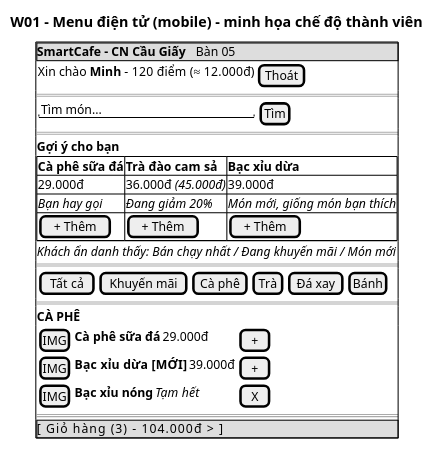
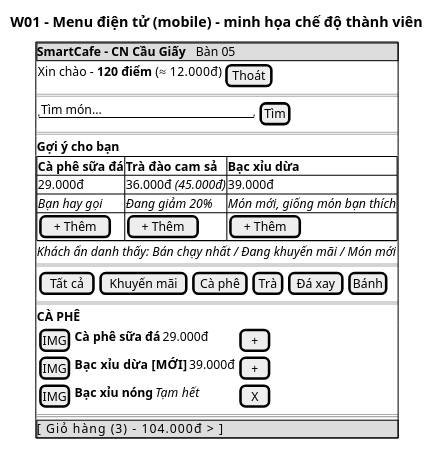
Before and after one commit to thanhbinh0493/smartcafe: the diagram in 1.Bao_cao/Thiet_ke_he_thong/diagrams/src/IV_ui_w01_qr_menu.puml, drawn with PlantUML. The commit also changed 28 other files, not shown here.

```diff
--- a/1.Bao_cao/Thiet_ke_he_thong/diagrams/src/IV_ui_w01_qr_menu.puml
+++ b/1.Bao_cao/Thiet_ke_he_thong/diagrams/src/IV_ui_w01_qr_menu.puml
@@ -1,29 +1,29 @@
 @startsalt IV_ui_w01_qr_menu
 title W01 - Menu điện tử (mobile) - minh họa chế độ thành viên
 {+
   {* <b>SmartCafe - CN Cầu Giấy | Bàn 05 }
-  { Xin chào <b>Minh</b> - 120 điểm (≈ 12.000đ) | [Thoát] }
+  { Xin chào - <b>120 điểm</b> (≈ 12.000đ) | [Thoát] }
   ==
   { "Tìm món...                " | [Tìm] }
   ==
   <b>Gợi ý cho bạn
   {#
     <b>Cà phê sữa đá | <b>Trà đào cam sả | <b>Bạc xỉu dừa
     29.000đ | 36.000đ <i>(45.000đ) | 39.000đ
     <i>Bạn hay gọi | <i>Đang giảm 20% | <i>Món mới, giống món bạn thích
     [ + Thêm ] | [ + Thêm ] | [ + Thêm ]
   }
   <i>Khách ẩn danh thấy: Bán chạy nhất / Đang khuyến mãi / Món mới
   ==
   { [Tất cả] | [Khuyến mãi] | [Cà phê] | [Trà] | [Đá xay] | [Bánh] }
   ==
   <b>CÀ PHÊ
   {
     [IMG] | { <b>Cà phê sữa đá | 29.000đ } | [ + ]
     [IMG] | { <b>Bạc xỉu dừa  [MỚI] | 39.000đ } | [ + ]
     [IMG] | { <b>Bạc xỉu nóng | <i>Tạm hết } | [ X ]
   }
   ==
   {* [ Giỏ hàng (3) - 104.000đ          > ] }
 }
 @endsalt
```
